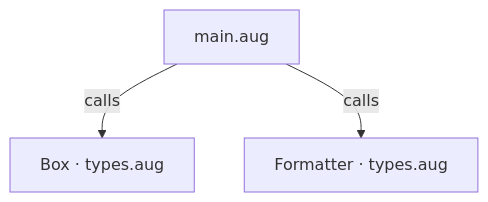
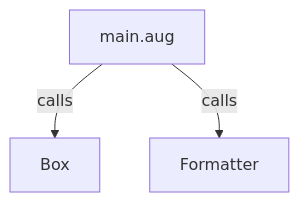
Before and after one commit to GreenPandaStudios/augscript: the first of 3 diagrams in docs/examples/generics/main-diagrams.md, drawn with Mermaid. The commit also changed other lines of this file and 524 other files, not shown here.

Commit message:
Explain checked data flow at folder and service levels

````diff
--- a/docs/examples/generics/main-diagrams.md
+++ b/docs/examples/generics/main-diagrams.md
@@ -19,8 +19,8 @@
 ```mermaid
 flowchart TD
     n0["main.aug"]
-    n1["Box · types.aug"]
-    n2["Formatter · types.aug"]
+    n1["Box"]
+    n2["Formatter"]
     n0 -->|"calls"| n1
     n0 -->|"calls"| n2
 ```
````
